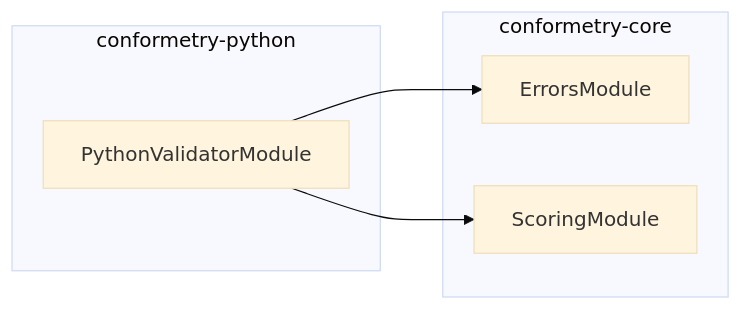
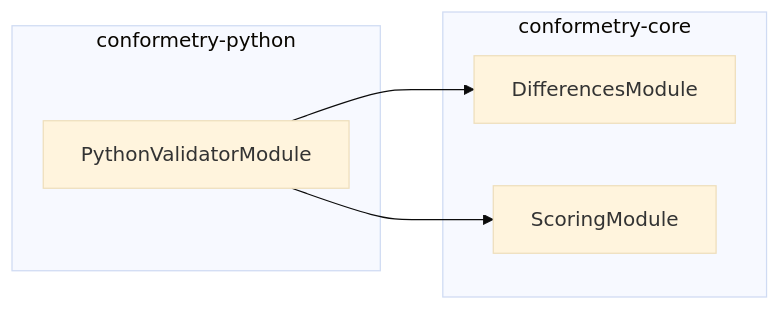
One commit to JimmyPaolini/codebase changed the diagram in packages/conformetry-python/AGENTS.md. Above: the diagram before and after it, drawn with Mermaid (base theme). The commit also changed 77 other files, not shown here.

````diff
--- a/packages/conformetry-python/AGENTS.md
+++ b/packages/conformetry-python/AGENTS.md
@@ -50,12 +50,12 @@
 ```mermaid
 flowchart LR
   subgraph group0["conformetry-python"]
     PythonValidatorModule
   end
   subgraph group1["conformetry-core"]
-    ErrorsModule
+    DifferencesModule
     ScoringModule
   end
-  PythonValidatorModule --> ErrorsModule
+  PythonValidatorModule --> DifferencesModule
   PythonValidatorModule --> ScoringModule
 ```
````
